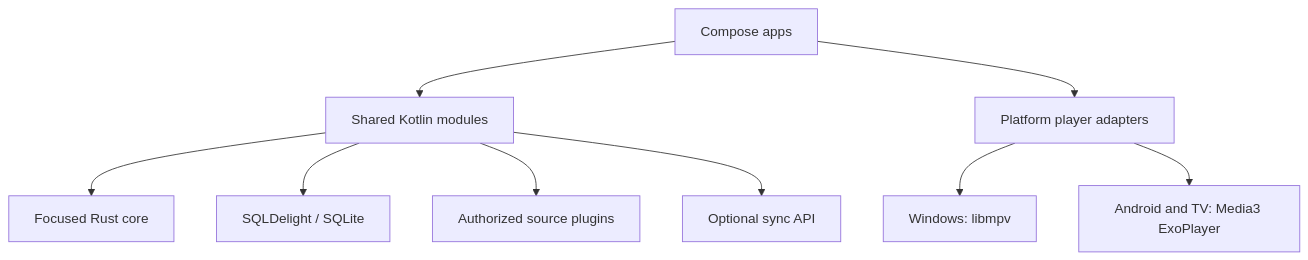
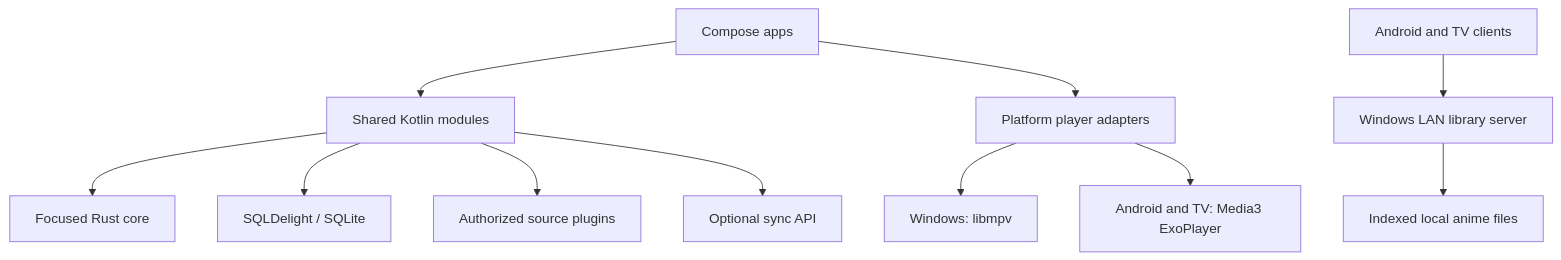
Before and after one commit to Energy0124/Danmaku: the first of 3 diagrams in docs/architecture.md, drawn with Mermaid. The commit also changed other lines of this file and 36 other files, not shown here.

Commit message:
feat: add LAN anime library streaming slice

````diff
--- a/docs/architecture.md
+++ b/docs/architecture.md
@@ -14,11 +20,13 @@
 ```mermaid
 flowchart TD
     Apps["Compose apps"] --> Shared["Shared Kotlin modules"]
     Apps --> Players["Platform player adapters"]
+    Android["Android and TV clients"] --> Lan["Windows LAN library server"]
+    Lan --> Files["Indexed local anime files"]
     Shared --> Native["Focused Rust core"]
     Shared --> Db["SQLDelight / SQLite"]
     Shared --> Sources["Authorized source plugins"]
     Players --> Mpv["Windows: libmpv"]
     Players --> Media3["Android and TV: Media3 ExoPlayer"]
     Shared --> Api["Optional sync API"]
 ```
````
